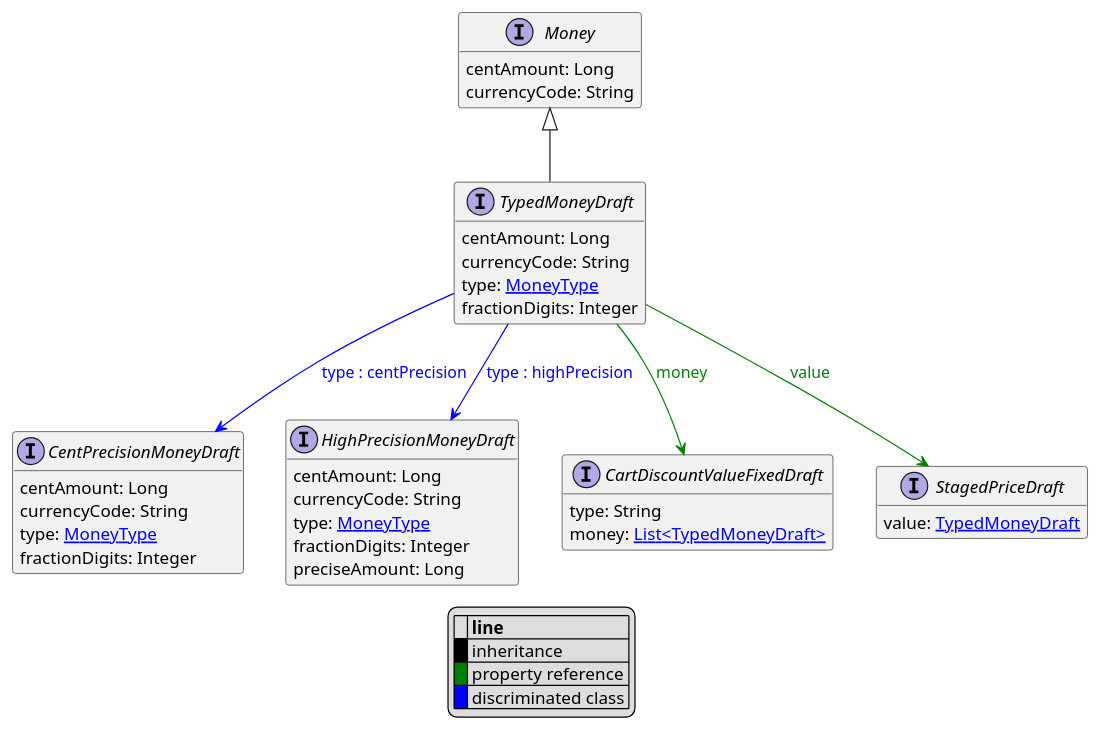
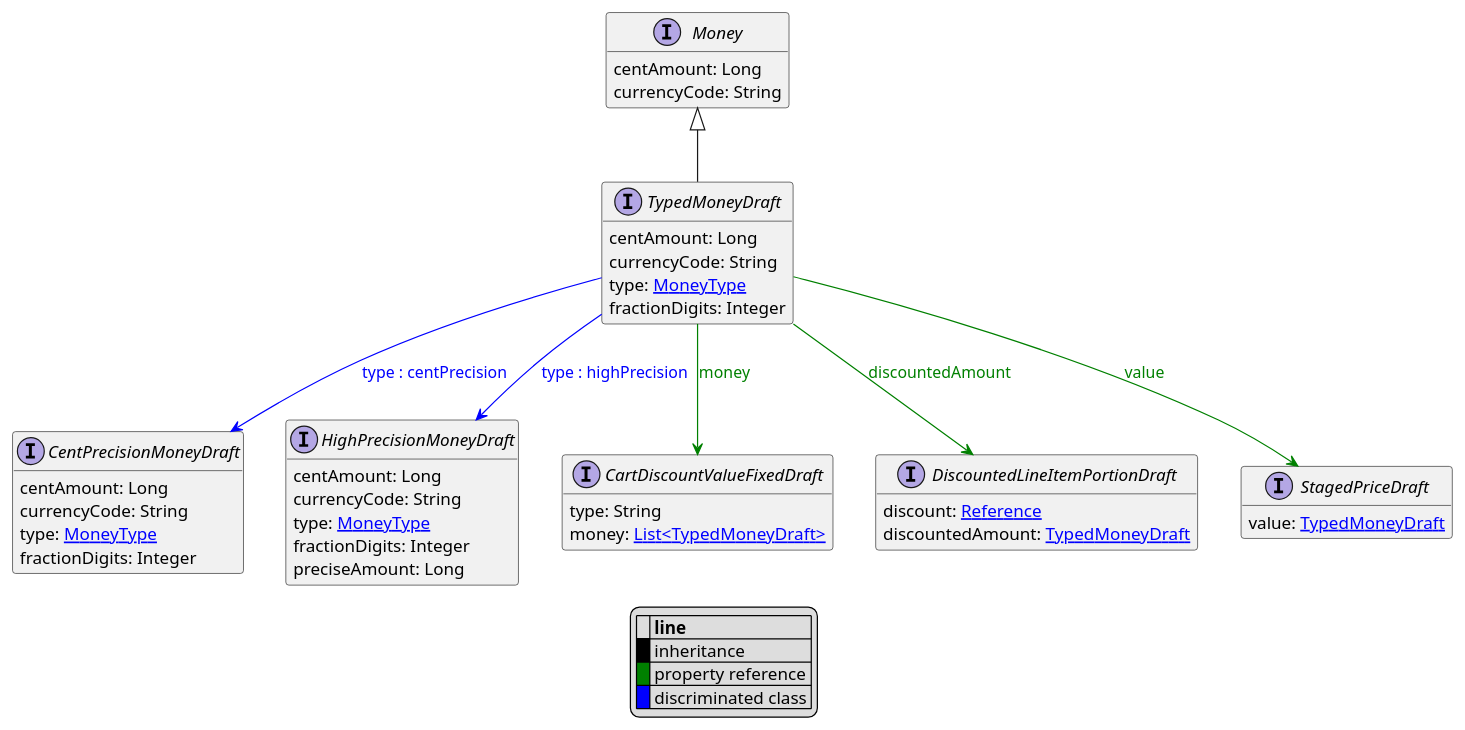
One commit to commercetools/commercetools-api-reference changed the diagram in uml/api/TypedMoneyDraft.puml. Above: the diagram before and after it, drawn with PlantUML. The commit also changed 12 other files, not shown here.

```diff
--- a/uml/api/TypedMoneyDraft.puml
+++ b/uml/api/TypedMoneyDraft.puml
@@ -1,46 +1,51 @@
 @startuml
 
 hide empty fields
 hide empty methods
 legend
 |= |= line |
 |<back:black>   </back>| inheritance |
 |<back:green>   </back>| property reference |
 |<back:blue>   </back>| discriminated class |
 endlegend
 interface TypedMoneyDraft [[TypedMoneyDraft.svg]] extends Money {
     centAmount: Long
     currencyCode: String
     type: [[MoneyType.svg MoneyType]]
     fractionDigits: Integer
 }
 interface Money [[Money.svg]]  {
     centAmount: Long
     currencyCode: String
 }
 
 interface CentPrecisionMoneyDraft [[CentPrecisionMoneyDraft.svg]]  {
     centAmount: Long
     currencyCode: String
     type: [[MoneyType.svg MoneyType]]
     fractionDigits: Integer
 }
 interface HighPrecisionMoneyDraft [[HighPrecisionMoneyDraft.svg]]  {
     centAmount: Long
     currencyCode: String
     type: [[MoneyType.svg MoneyType]]
     fractionDigits: Integer
     preciseAmount: Long
 }
 interface CartDiscountValueFixedDraft [[CartDiscountValueFixedDraft.svg]]  {
     type: String
     money: [[TypedMoneyDraft.svg List<TypedMoneyDraft>]]
 }
+interface DiscountedLineItemPortionDraft [[DiscountedLineItemPortionDraft.svg]]  {
+    discount: [[Reference.svg Reference]]
+    discountedAmount: [[TypedMoneyDraft.svg TypedMoneyDraft]]
+}
 interface StagedPriceDraft [[StagedPriceDraft.svg]]  {
     value: [[TypedMoneyDraft.svg TypedMoneyDraft]]
 }
 TypedMoneyDraft --> CentPrecisionMoneyDraft #blue;text:blue : "type : centPrecision"
 TypedMoneyDraft --> HighPrecisionMoneyDraft #blue;text:blue : "type : highPrecision"
 TypedMoneyDraft --> CartDiscountValueFixedDraft #green;text:green : "money"
+TypedMoneyDraft --> DiscountedLineItemPortionDraft #green;text:green : "discountedAmount"
 TypedMoneyDraft --> StagedPriceDraft #green;text:green : "value"
 @enduml
```
